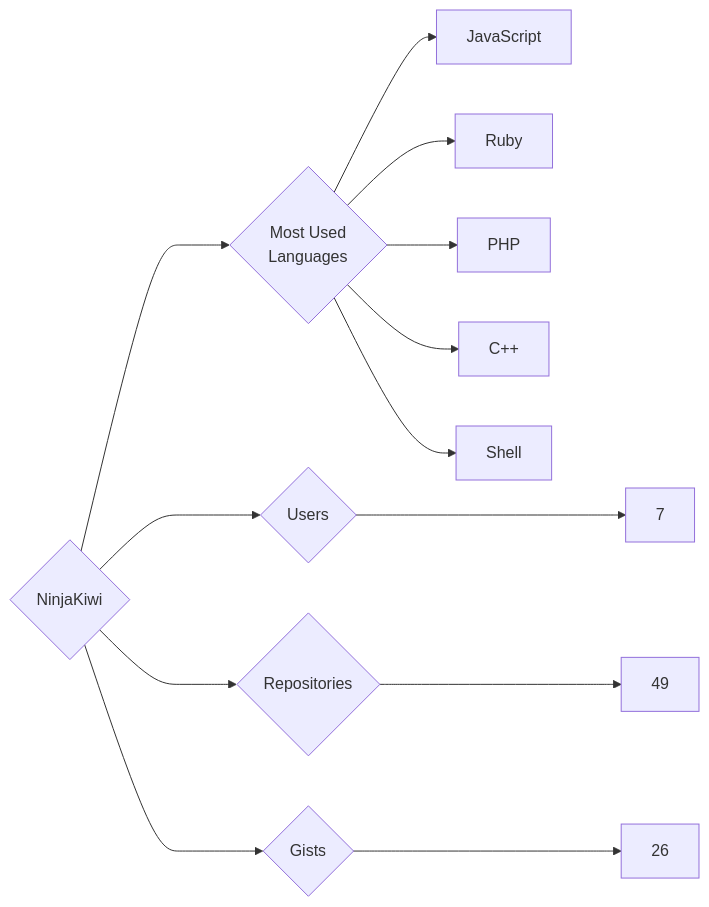
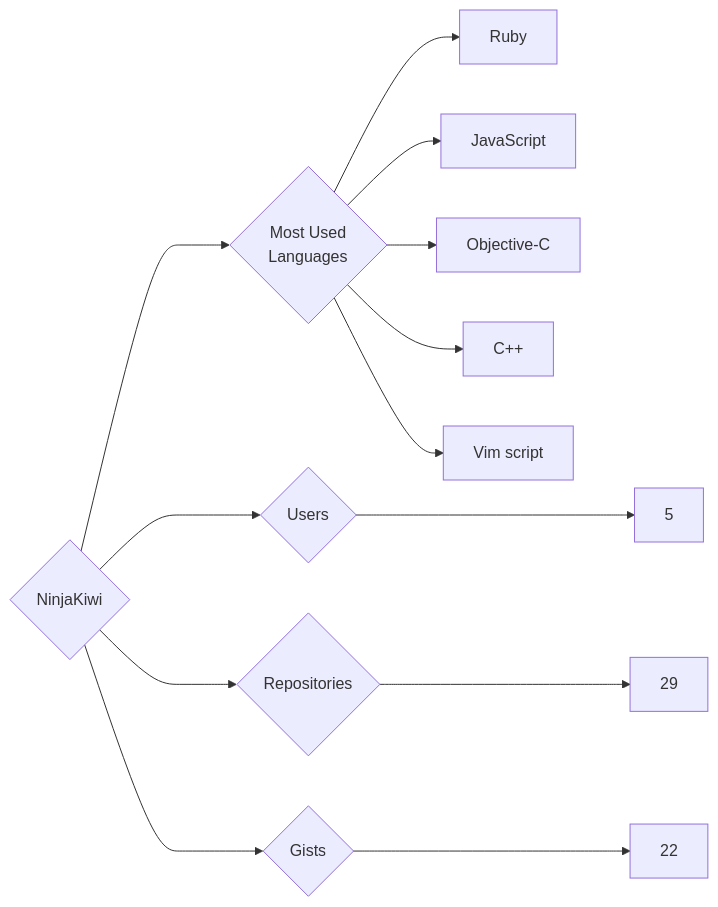
The diagram in targets/NinjaKiwi/README.md (trickest/insiders), drawn with Mermaid before and after one commit. The commit also changed 870 other files, not shown here.

````diff
--- a/targets/NinjaKiwi/README.md
+++ b/targets/NinjaKiwi/README.md
@@ -3,13 +3,13 @@
 ```mermaid
 graph LR
 COMPANY_NAME{NinjaKiwi}
-COMPANY_NAME ---> U{Users} ---> UN[7]
-COMPANY_NAME ---> R{Repositories} ---> RN[49]
-COMPANY_NAME ---> G{Gists} ---> GN[26]
+COMPANY_NAME ---> U{Users} ---> UN[5]
+COMPANY_NAME ---> R{Repositories} ---> RN[29]
+COMPANY_NAME ---> G{Gists} ---> GN[22]
 COMPANY_NAME ---> ML{Most Used<br>Languages}
+ML --> Ruby[Ruby]
 ML --> JavaScript[JavaScript]
-ML --> Ruby[Ruby]
-ML --> PHP[PHP]
+ML --> Objective-C[Objective-C]
 ML --> C++[C++]
-ML --> Shell[Shell]
+ML --> Vim_script[Vim script]
 ```
````
